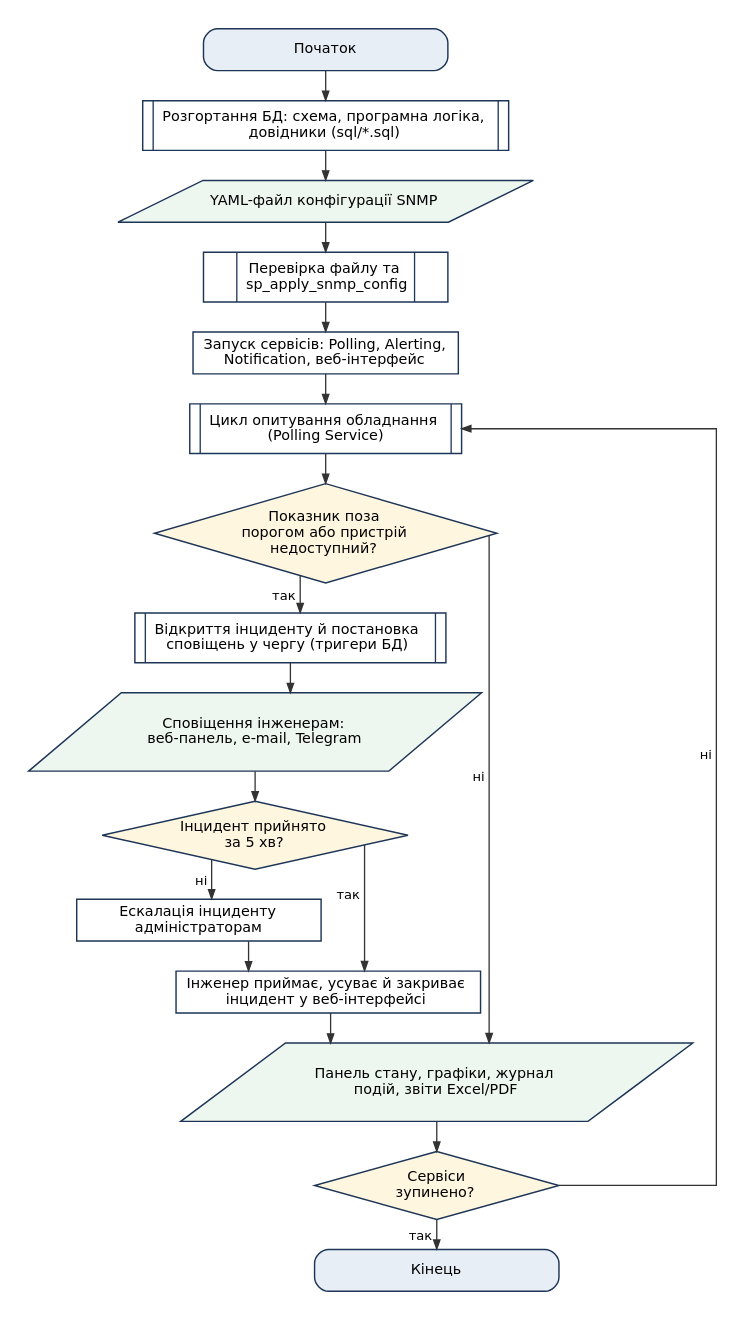
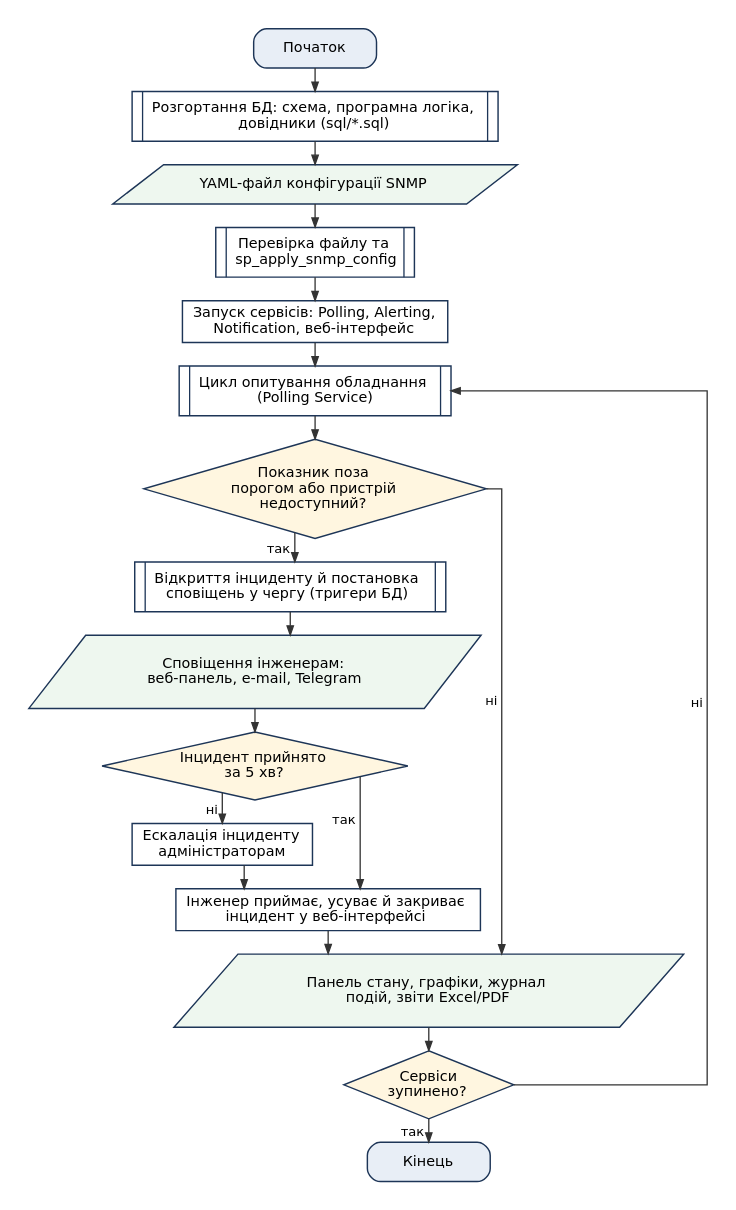
One commit to KrutoiPatsan13/laba1 changed the diagram in docs/diagrams/src/flow_01_general.dot. Above: the diagram before and after it, drawn with Graphviz. The commit also changed 65 other files, not shown here.

```diff
--- a/docs/diagrams/src/flow_01_general.dot
+++ b/docs/diagrams/src/flow_01_general.dot
@@ -1,37 +1,37 @@
 digraph flow_01_general {
-  graph [rankdir=TB, splines=ortho, nodesep=0.45, ranksep=0.32, fontname="DejaVu Sans", pad=0.2, forcelabels=true];
-  node [fontname="DejaVu Sans", fontsize=11, width=2.6, height=0.45, color="#1d3557", penwidth=1.1];
+  graph [rankdir=TB, splines=ortho, nodesep=0.35, ranksep=0.25, fontname="DejaVu Sans", pad=0.2, forcelabels=true];
+  node [fontname="DejaVu Sans", fontsize=11, width=1.3, height=0.42, color="#1d3557", penwidth=1.1];
   edge [fontname="DejaVu Sans", fontsize=10, color="#333333", arrowsize=0.7];
   n1 [shape=box, style="rounded,filled", fillcolor="#e8eef6", label=<Початок>, margin="0.25,0.06"];
   n2 [shape=box, margin=0, label=<<TABLE BORDER="0" CELLBORDER="0" CELLSPACING="0" CELLPADDING="0"><TR><TD WIDTH="8" BORDER="1" SIDES="R"></TD><TD CELLPADDING="7">Розгортання БД: схема, програмна логіка,<BR/>довідники (sql/*.sql)</TD><TD WIDTH="8" BORDER="1" SIDES="L"></TD></TR></TABLE>>];
-  n3 [shape=parallelogram, style=filled, fillcolor="#eef7ef", label=<YAML-файл конфігурації SNMP>, margin="0.02,0.04"];
+  n3 [shape=polygon, sides=4, skew=0.3, style=filled, fillcolor="#eef7ef", label=<YAML-файл конфігурації SNMP>, margin="0.06,0.03"];
   n4 [shape=box, margin=0, label=<<TABLE BORDER="0" CELLBORDER="0" CELLSPACING="0" CELLPADDING="0"><TR><TD WIDTH="8" BORDER="1" SIDES="R"></TD><TD CELLPADDING="7">Перевірка файлу та<BR/>sp_apply_snmp_config</TD><TD WIDTH="8" BORDER="1" SIDES="L"></TD></TR></TABLE>>];
   n5 [shape=box, label=<Запуск сервісів: Polling, Alerting,<BR/>Notification, веб-інтерфейс>];
   n6 [shape=box, margin=0, label=<<TABLE BORDER="0" CELLBORDER="0" CELLSPACING="0" CELLPADDING="0"><TR><TD WIDTH="8" BORDER="1" SIDES="R"></TD><TD CELLPADDING="7">Цикл опитування обладнання<BR/>(Polling Service)</TD><TD WIDTH="8" BORDER="1" SIDES="L"></TD></TR></TABLE>>];
   n7 [shape=diamond, style=filled, fillcolor="#fff6e0", label=<Показник поза<BR/>порогом або пристрій<BR/>недоступний?>, margin="0.02,0.02"];
   n8 [shape=box, margin=0, label=<<TABLE BORDER="0" CELLBORDER="0" CELLSPACING="0" CELLPADDING="0"><TR><TD WIDTH="8" BORDER="1" SIDES="R"></TD><TD CELLPADDING="7">Відкриття інциденту й постановка<BR/>сповіщень у чергу (тригери БД)</TD><TD WIDTH="8" BORDER="1" SIDES="L"></TD></TR></TABLE>>];
-  n9 [shape=parallelogram, style=filled, fillcolor="#eef7ef", label=<Сповіщення інженерам:<BR/>веб-панель, e-mail, Telegram>, margin="0.02,0.04"];
+  n9 [shape=polygon, sides=4, skew=0.3, style=filled, fillcolor="#eef7ef", label=<Сповіщення інженерам:<BR/>веб-панель, e-mail, Telegram>, margin="0.06,0.03"];
   n10 [shape=diamond, style=filled, fillcolor="#fff6e0", label=<Інцидент прийнято<BR/>за 5 хв?>, margin="0.02,0.02"];
   n11 [shape=box, label=<Ескалація інциденту<BR/>адміністраторам>];
   n12 [shape=box, label=<Інженер приймає, усуває й закриває<BR/>інцидент у веб-інтерфейсі>];
-  n13 [shape=parallelogram, style=filled, fillcolor="#eef7ef", label=<Панель стану, графіки, журнал<BR/>подій, звіти Excel/PDF>, margin="0.02,0.04"];
+  n13 [shape=polygon, sides=4, skew=0.3, style=filled, fillcolor="#eef7ef", label=<Панель стану, графіки, журнал<BR/>подій, звіти Excel/PDF>, margin="0.06,0.03"];
   n14 [shape=diamond, style=filled, fillcolor="#fff6e0", label=<Сервіси<BR/>зупинено?>, margin="0.02,0.02"];
   n15 [shape=box, style="rounded,filled", fillcolor="#e8eef6", label=<Кінець>, margin="0.25,0.06"];
   n1 -> n2;
   n2 -> n3;
   n3 -> n4;
   n4 -> n5;
   n5 -> n6;
   n6 -> n7;
   n8 -> n9;
   n9 -> n10;
   n11 -> n12;
   n12 -> n13;
   n13 -> n14;
   n7 -> n8 [xlabel=" так "];
   n7 -> n13 [xlabel=" ні "];
   n10 -> n12 [xlabel=" так "];
   n10 -> n11 [xlabel=" ні "];
   n14 -> n15 [xlabel=" так "];
   n14 -> n6 [xlabel=" ні ", constraint=false];
 }
```
